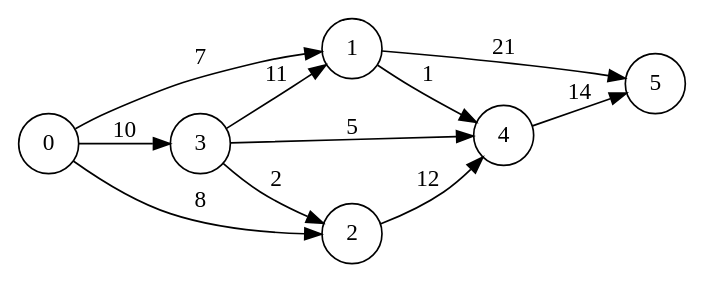
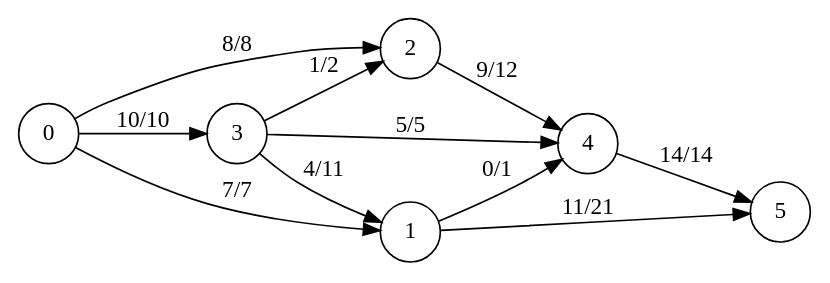
Before and after one commit to MariePontalier/OCaml4IR: the diagram in outfile.dot, drawn with Graphviz. The commit also changed 8 other files, not shown here.

```diff
--- a/outfile.dot
+++ b/outfile.dot
@@ -1,17 +1,17 @@
  digraph finite_state_machine { 
  rankdir=LR; 
  size= "8,5" 
 
  node [shape = circle]; 
- 4 -> 5  [label = 14]; 
- 1 -> 5  [label = 21]; 
- 1 -> 4  [label = 1]; 
- 3 -> 1  [label = 11]; 
- 3 -> 2  [label = 2]; 
- 3 -> 4  [label = 5]; 
- 2 -> 4  [label = 12]; 
- 0 -> 1  [label = 7]; 
- 0 -> 3  [label = 10]; 
- 0 -> 2  [label = 8]; 
+ 0 -> 2  [label = "8/8"]; 
+ 0 -> 3  [label = "10/10"]; 
+ 0 -> 1  [label = "7/7"]; 
+ 2 -> 4  [label = "9/12"]; 
+ 3 -> 4  [label = "5/5"]; 
+ 3 -> 2  [label = "1/2"]; 
+ 3 -> 1  [label = "4/11"]; 
+ 1 -> 4  [label = "0/1"]; 
+ 1 -> 5  [label = "11/21"]; 
+ 4 -> 5  [label = "14/14"]; 
 
   } 
```
